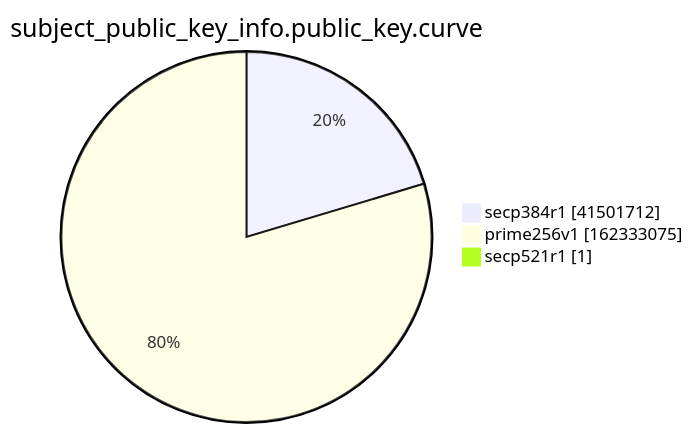
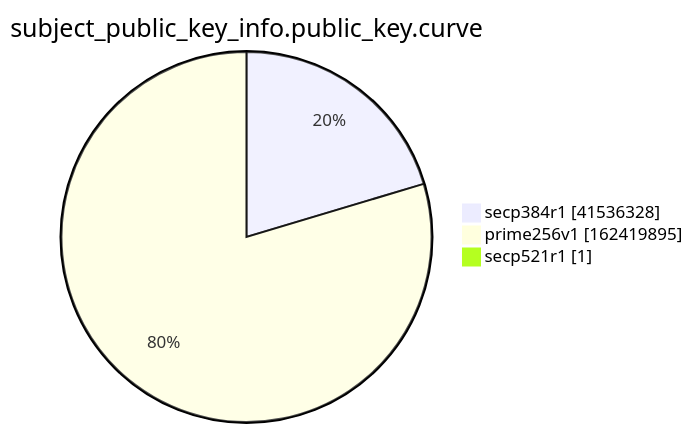
The ninth of 15 diagrams in xenon2022/README.md (christiankrug/ctmonitor_visualization), drawn with Mermaid before and after one commit. The commit also changed other lines of this file, not shown here.

````diff
--- a/xenon2022/README.md
+++ b/xenon2022/README.md
@@ -2868,7 +2868,7 @@
 ```mermaid
 pie showData
 title subject_public_key_info.public_key.curve
-"secp384r1" :41501712
-"prime256v1" :162333075
+"secp384r1" :41536328
+"prime256v1" :162419895
 "secp521r1" :1
 ```
````
